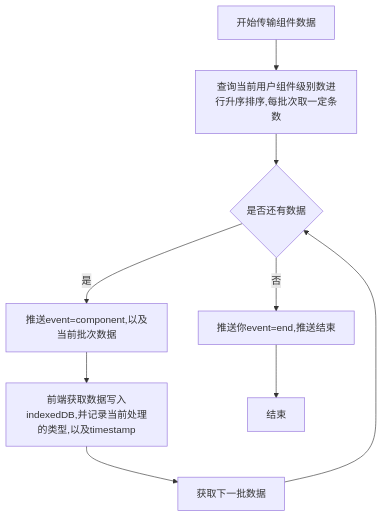
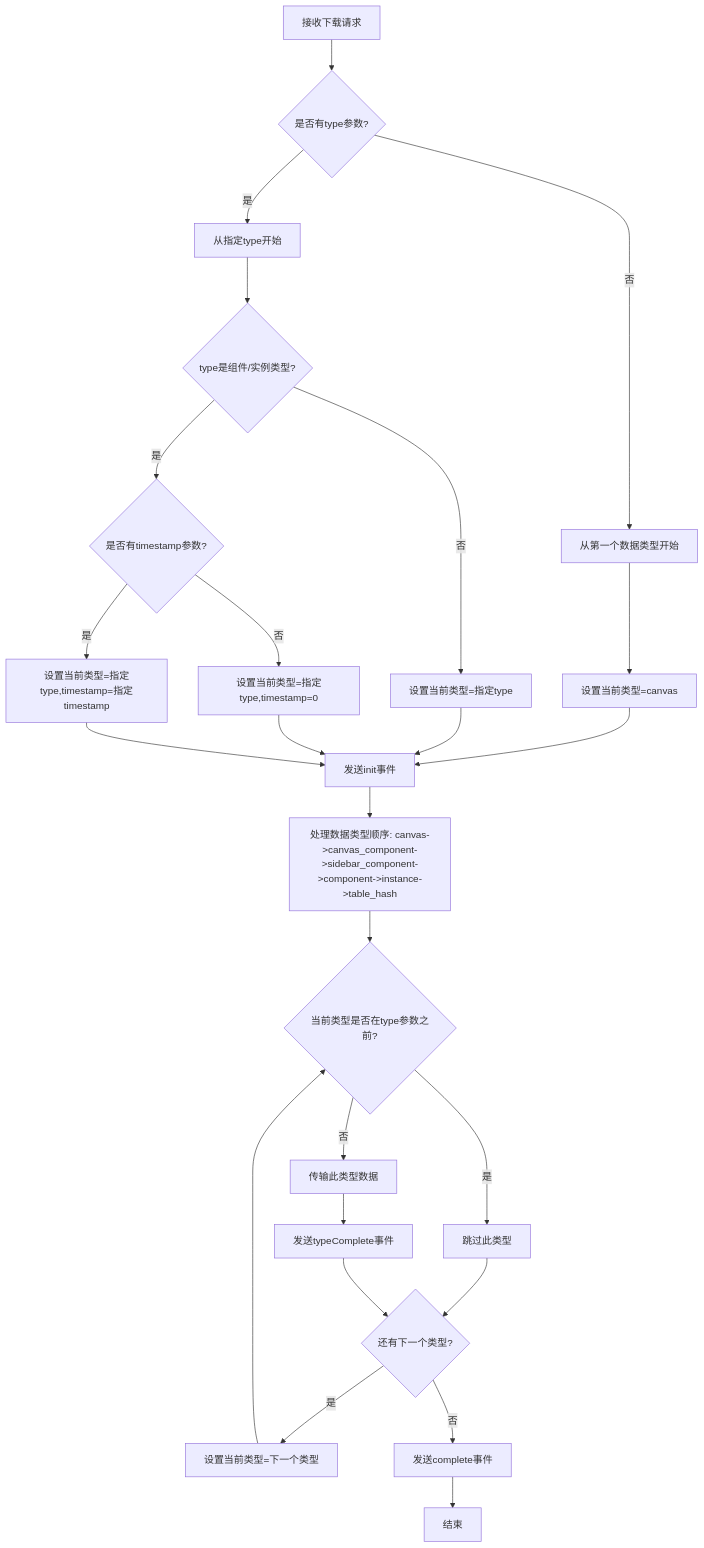
One commit to yingjianzh/iodraw-files changed the diagram in all/未命名-59.md. Above: the diagram before and after it, drawn with Mermaid.

Commit message:
2025-05-14 15:29:17 update

````diff
--- a/all/未命名-59.md
+++ b/all/未命名-59.md
@@ -1,14 +1,37 @@
 ```mermaid
 flowchart TD
-    A[开始传输组件数据] --> B[查询当前用户组件级别数进行升序排序,每批次取一定条数]
-    B --> C{是否还有数据}
-    C --> |是| D[推送event=component,以及当前批次数据]
-    C --> |否| E[推送你event=end,推送结束]
-
-    D --> F[前端获取数据写入indexedDB,并记录当前处理的类型,以及timestamp]
+    A[接收下载请求] --> B{是否有type参数?}
     
-    F --> G[获取下一批数据]
-    G --> C
-   
-    E --> N[结束]
+    B -->|否| C[从第一个数据类型开始]
+    B -->|是| D[从指定type开始]
+    
+    C --> E[设置当前类型=canvas]
+    D --> F{type是组件/实例类型?}
+    
+    F -->|否| G[设置当前类型=指定type]
+    F -->|是| H{是否有timestamp参数?}
+    
+    H -->|否| I[设置当前类型=指定type,timestamp=0]
+    H -->|是| J[设置当前类型=指定type,timestamp=指定timestamp]
+    
+    E --> K[发送init事件]
+    G --> K
+    I --> K
+    J --> K
+    
+    K --> L[处理数据类型顺序: canvas->canvas_component->sidebar_component->component->instance->table_hash]
+    
+    L --> M{当前类型是否在type参数之前?}
+    M -->|是| N[跳过此类型]
+    M -->|否| O[传输此类型数据]
+    
+    N --> P{还有下一个类型?}
+    O --> Q[发送typeComplete事件]
+    Q --> P
+    
+    P -->|是| R[设置当前类型=下一个类型]
+    P -->|否| S[发送complete事件]
+    
+    R --> M
+    S --> T[结束]
 ```
````
